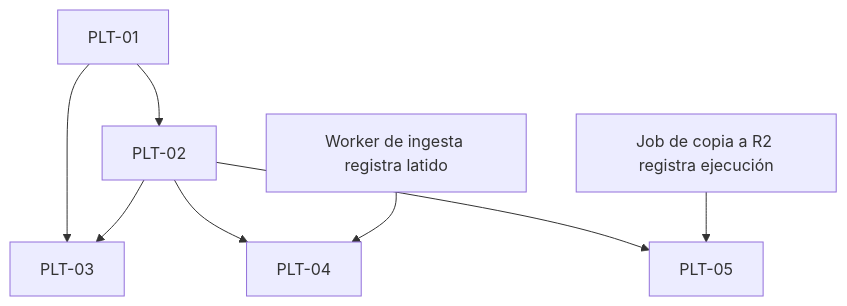
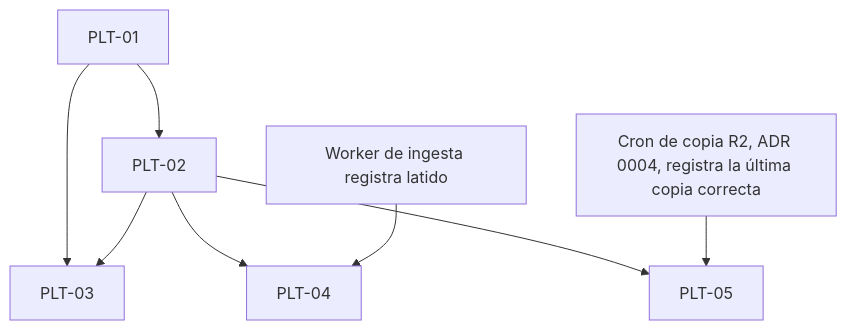
Before and after one commit to bacsystem/learning: the diagram in docs/stories/plataforma/README.md, drawn with Mermaid. The commit also changed other lines of this file and 1 other file, not shown here.

Commit message:
docs: point PLT-05 at ADR 0004's R2 copy and mark Q6 resolved

````diff
--- a/docs/stories/plataforma/README.md
+++ b/docs/stories/plataforma/README.md
@@ -23,10 +23,10 @@
 ```mermaid
 flowchart TD
   PLT-01 --> PLT-02
   PLT-01 --> PLT-03
   PLT-02 --> PLT-03
   PLT-02 --> PLT-04
   PLT-02 --> PLT-05
   W[Worker de ingesta registra latido] --> PLT-04
-  B[Job de copia a R2 registra ejecución] --> PLT-05
+  B[Cron de copia R2, ADR 0004, registra la última copia correcta] --> PLT-05
 ```
````
